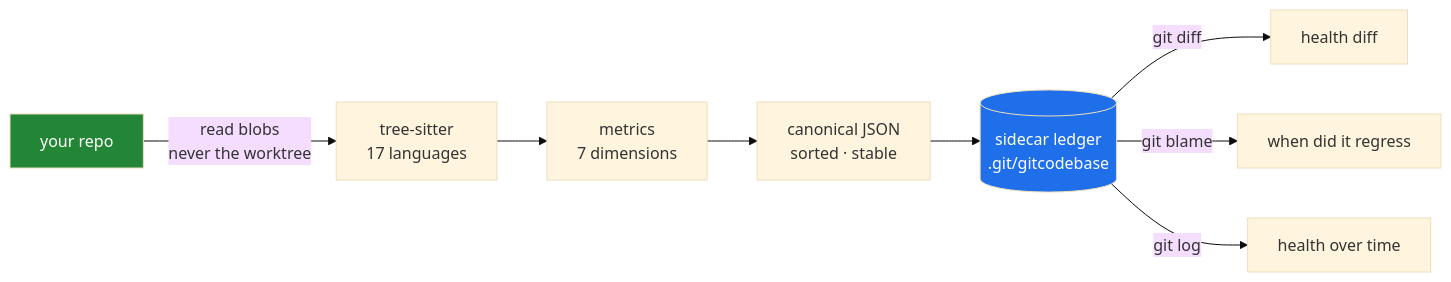
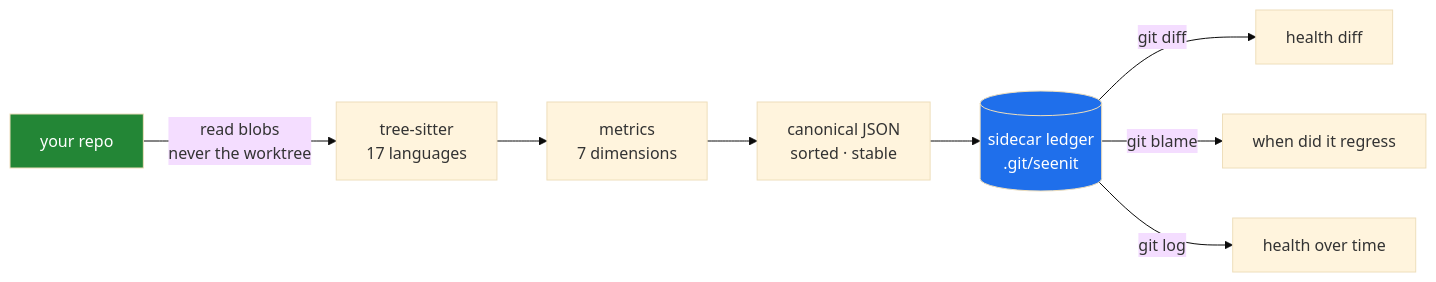
One commit to arjunmukeshh/seenit changed the first of 3 diagrams in README.md. Above: the diagram before and after it, drawn with Mermaid (base theme). The commit also changed other lines of this file and 23 other files, not shown here.

First line of the commit message:
rename: gitcodebase -> seenit

````diff
--- a/README.md
+++ b/README.md
@@ -52,12 +52,12 @@
 ```mermaid
 flowchart LR
     A[your repo] -->|read blobs<br/>never the worktree| B[tree-sitter<br/>17 languages]
     B --> C[metrics<br/>7 dimensions]
     C --> D[canonical JSON<br/>sorted · stable]
-    D --> E[(sidecar ledger<br/>.git/gitcodebase)]
+    D --> E[(sidecar ledger<br/>.git/seenit)]
     E -->|git diff| F[health diff]
     E -->|git blame| G[when did it regress]
     E -->|git log| H[health over time]
     style E fill:#1f6feb,color:#fff
     style A fill:#238636,color:#fff
 ```
````
